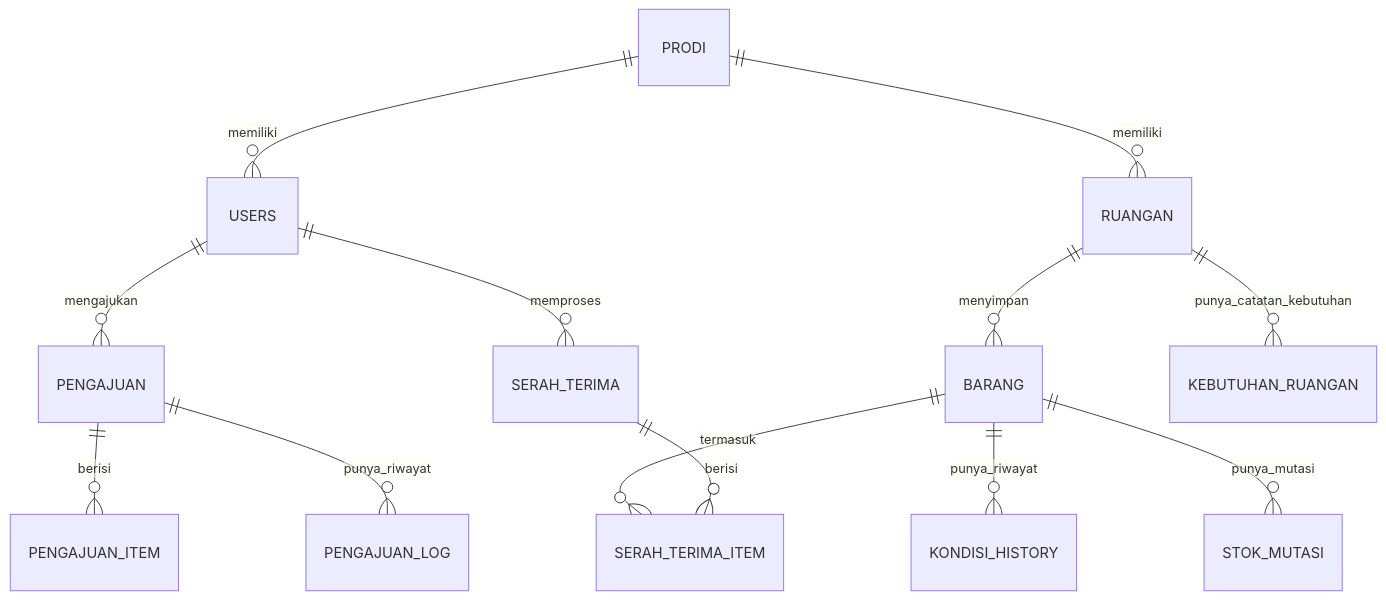
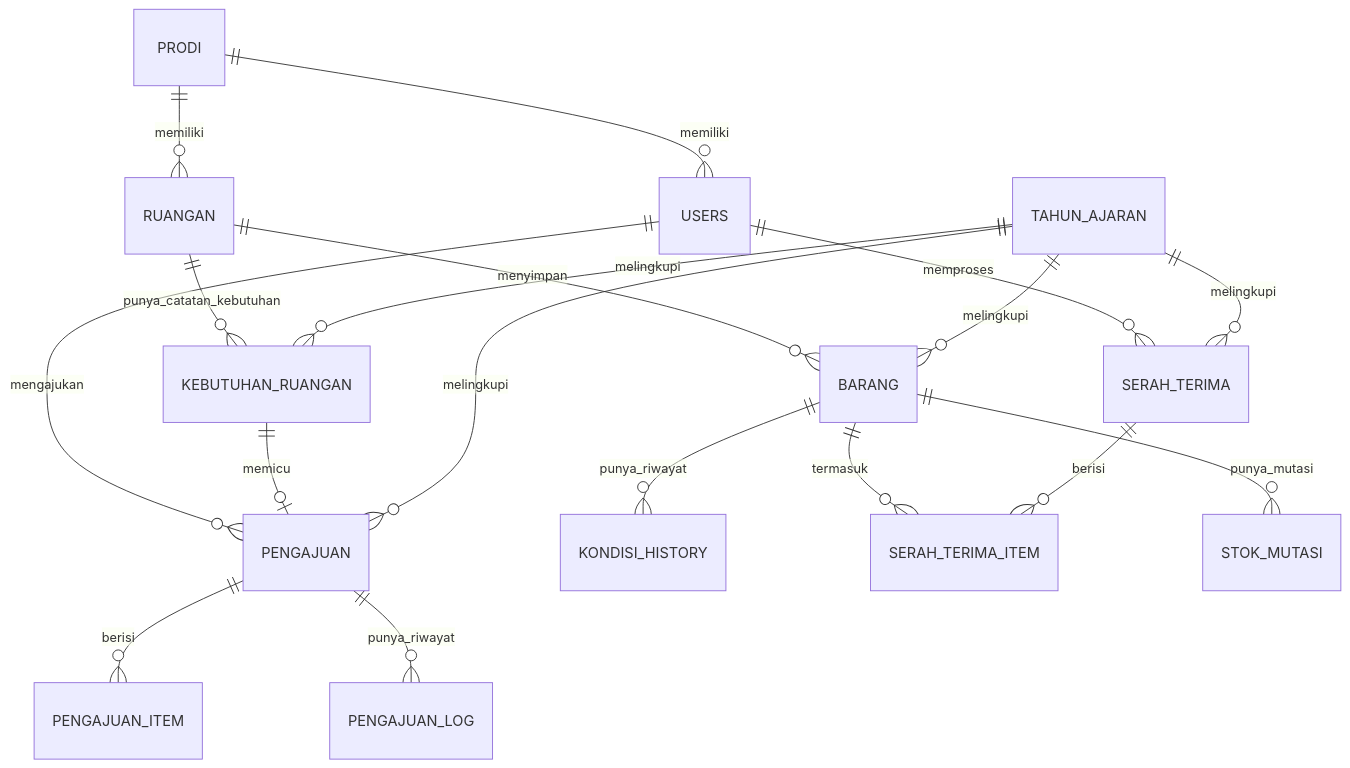
One commit to GedeGhanaNathaPutra/Inventory-school changed the diagram in docs/03_DATABASE_SCHEMA.md. Above: the diagram before and after it, drawn with Mermaid. The commit also changed other lines of this file and 52 other files, not shown here.

````diff
--- a/docs/03_DATABASE_SCHEMA.md
+++ b/docs/03_DATABASE_SCHEMA.md
@@ -6,15 +6,20 @@
 ```mermaid
 erDiagram
     USERS ||--o{ PENGAJUAN : mengajukan
     USERS ||--o{ SERAH_TERIMA : memproses
     PRODI ||--o{ USERS : memiliki
     PRODI ||--o{ RUANGAN : memiliki
     RUANGAN ||--o{ BARANG : menyimpan
     BARANG ||--o{ KONDISI_HISTORY : punya_riwayat
     BARANG ||--o{ SERAH_TERIMA_ITEM : termasuk
     SERAH_TERIMA ||--o{ SERAH_TERIMA_ITEM : berisi
     PENGAJUAN ||--o{ PENGAJUAN_ITEM : berisi
     PENGAJUAN ||--o{ PENGAJUAN_LOG : punya_riwayat
     BARANG ||--o{ STOK_MUTASI : punya_mutasi
     RUANGAN ||--o{ KEBUTUHAN_RUANGAN : punya_catatan_kebutuhan
+    KEBUTUHAN_RUANGAN ||--o| PENGAJUAN : memicu
+    TAHUN_AJARAN ||--o{ KEBUTUHAN_RUANGAN : melingkupi
+    TAHUN_AJARAN ||--o{ PENGAJUAN : melingkupi
+    TAHUN_AJARAN ||--o{ BARANG : melingkupi
+    TAHUN_AJARAN ||--o{ SERAH_TERIMA : melingkupi
 ```
````
